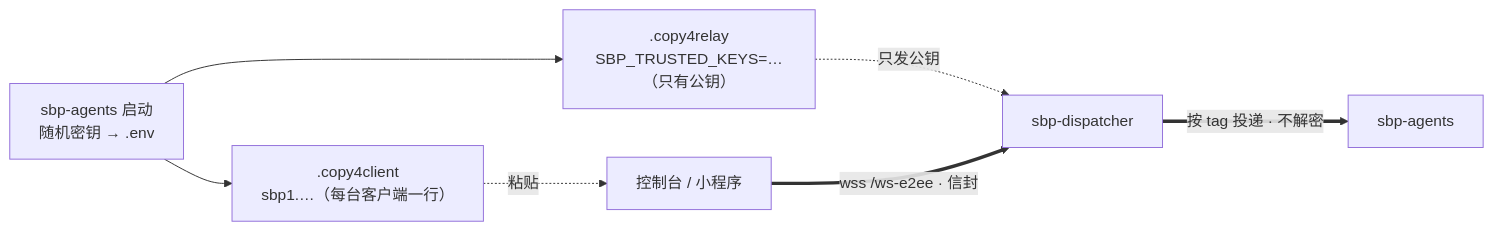
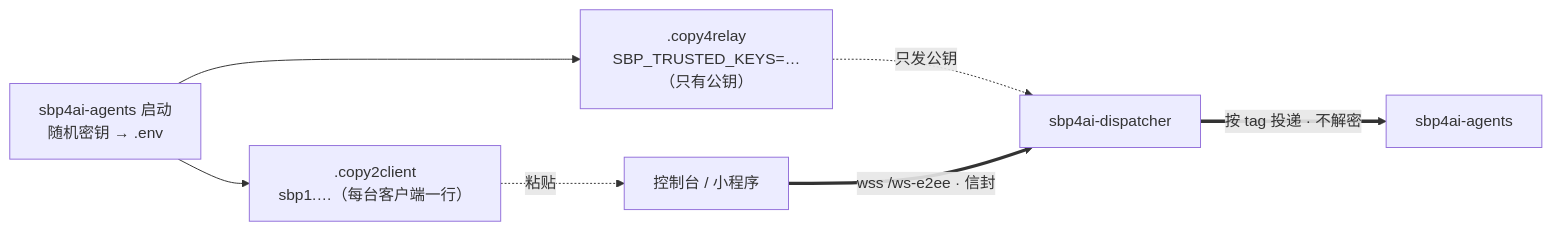
The diagram in README.md (sbp4ai/sbp-console), drawn with Mermaid before and after one commit. The commit also changed other lines of this file and 4 other files, not shown here.

Commit message:
README/文案：连接信息文件改为 .copy2client，补标准用法与绝对路径说明

````diff
--- a/README.md
+++ b/README.md
@@ -42,9 +46,9 @@
 ```mermaid
 flowchart LR
-    A["sbp-agents 启动<br/>随机密钥 → .env"] --> B[".copy4client<br/>sbp1.…（每台客户端一行）"]
+    A["sbp4ai-agents 启动<br/>随机密钥 → .env"] --> B[".copy2client<br/>sbp1.…（每台客户端一行）"]
     A --> C[".copy4relay<br/>SBP_TRUSTED_KEYS=…（只有公钥）"]
     B -. "粘贴" .-> D["控制台 / 小程序"]
-    C -. "只发公钥" .-> E["sbp-dispatcher"]
+    C -. "只发公钥" .-> E["sbp4ai-dispatcher"]
     D == "wss /ws-e2ee · 信封" ==> E
-    E == "按 tag 投递 · 不解密" ==> F["sbp-agents"]
+    E == "按 tag 投递 · 不解密" ==> F["sbp4ai-agents"]
 ```
````
